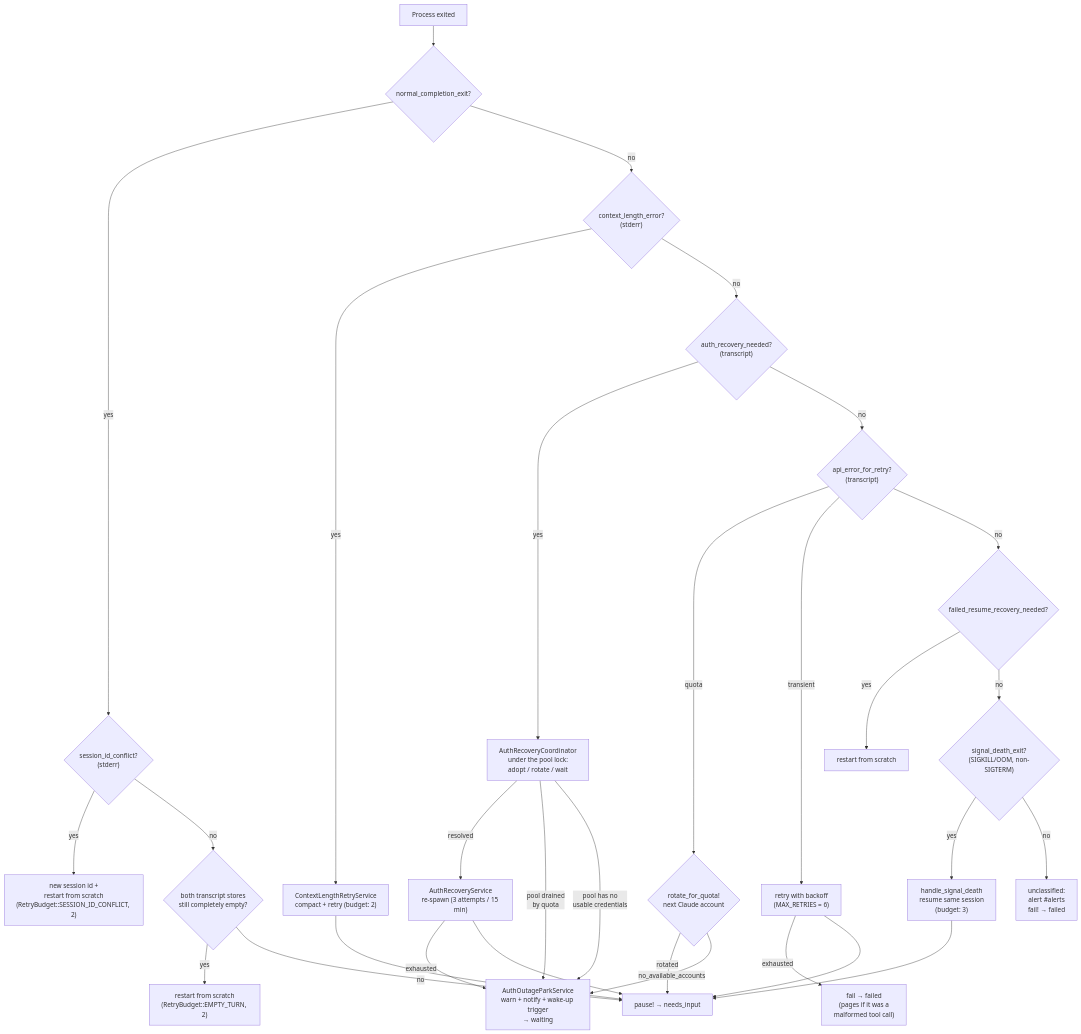
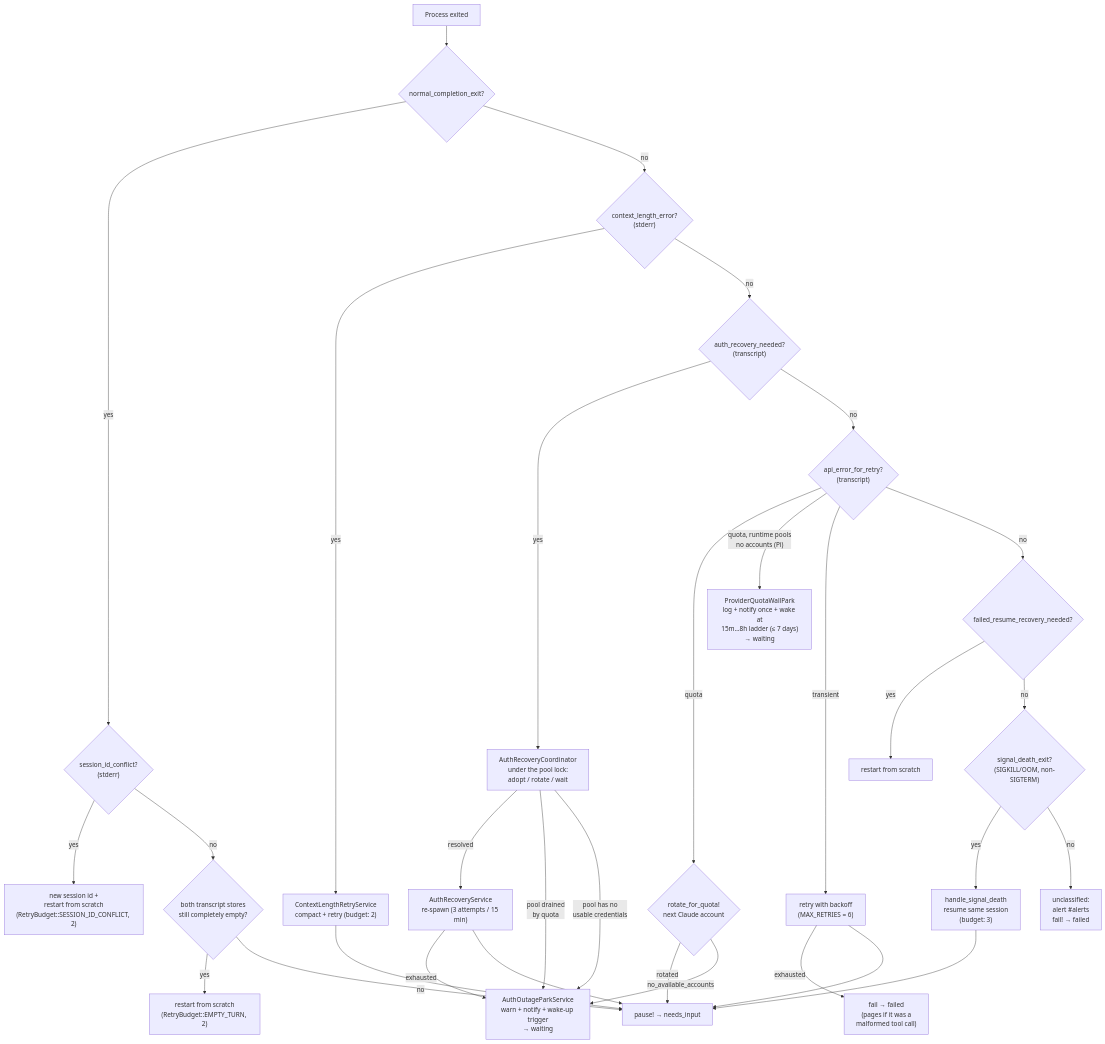
One commit to tadasant/zimmer changed the second of 2 diagrams in docs/src/content/docs/sessions/spawning.md. Above: the diagram before and after it, drawn with Mermaid. The commit also changed other lines of this file and 25 other files, not shown here.

First line of the commit message:
feat(pi): a Pi quota wall parks on a timed re-check instead of failing (Closes #856) (#1198)

````diff
--- a/docs/src/content/docs/sessions/spawning.md
+++ b/docs/src/content/docs/sessions/spawning.md
@@ -961,32 +961,33 @@
 ```mermaid
 flowchart TD
     E["Process exited"] --> N{"normal_completion_exit?"}
     N -->|yes| SI{"session_id_conflict?<br/>(stderr)"}
     SI -->|yes| SIR["new session id +<br/>restart from scratch<br/>(RetryBudget::SESSION_ID_CONFLICT, 2)"]
     SI -->|no| ET{"both transcript stores<br/>still completely empty?"}
     ET -->|yes| ETR["restart from scratch<br/>(RetryBudget::EMPTY_TURN, 2)"]
     ET -->|no| P["pause! → needs_input"]
     N -->|no| C{"context_length_error?<br/>(stderr)"}
     C -->|yes| CR["ContextLengthRetryService<br/>compact + retry (budget: 2)"]
     C -->|no| A{"auth_recovery_needed?<br/>(transcript)"}
     A -->|yes| AC["AuthRecoveryCoordinator<br/>under the pool lock:<br/>adopt / rotate / wait"]
     AC -->|resolved| AR["AuthRecoveryService<br/>re-spawn (3 attempts / 15 min)"]
     AC -->|"pool drained<br/>by quota"| PARK["AuthOutageParkService<br/>warn + notify + wake-up trigger<br/>→ waiting"]
     AC -->|"pool has no<br/>usable credentials"| PARK
     AR -->|exhausted| PARK
     A -->|no| Q{"api_error_for_retry?<br/>(transcript)"}
     Q -->|quota| RO{"rotate_for_quota!<br/>next Claude account"}
     RO -->|rotated| P
     RO -->|no_available_accounts| PARK
+    Q -->|"quota, runtime pools<br/>no accounts (Pi)"| QW["ProviderQuotaWallPark<br/>log + notify once + wake at<br/>15m…8h ladder (≤ 7 days)<br/>→ waiting"]
     Q -->|transient| RT["retry with backoff<br/>(MAX_RETRIES = 6)"]
     RT -->|exhausted| RTF["fail → failed<br/>(pages if it was a<br/>malformed tool call)"]
     Q -->|no| F{"failed_resume_recovery_needed?"}
     F -->|yes| FR["restart from scratch"]
     F -->|no| SD{"signal_death_exit?<br/>(SIGKILL/OOM, non-SIGTERM)"}
     SD -->|yes| SDR["handle_signal_death<br/>resume same session<br/>(budget: 3)"]
     SD -->|no| FAIL["unclassified:<br/>alert #alerts<br/>fail! → failed"]
     CR --> P
     AR --> P
     RT --> P
     SDR --> P
 ```
````
